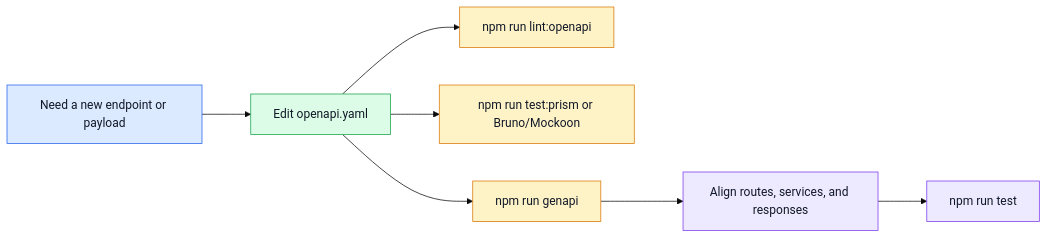
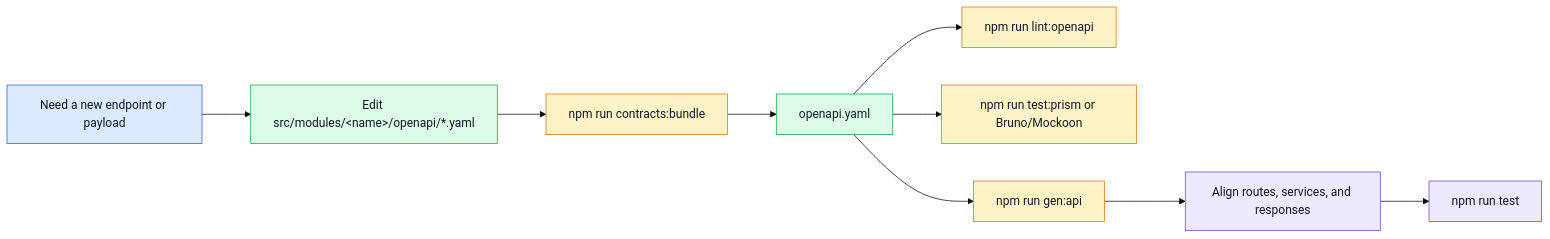
Before and after one commit to Guebbit/boilerplate-node-backend: the diagram in docs/api/openapi-workflow.md, drawn with Mermaid (base theme). The commit also changed other lines of this file and 285 other files, not shown here.

````diff
--- a/docs/api/openapi-workflow.md
+++ b/docs/api/openapi-workflow.md
@@ -7,19 +7,21 @@
 ```mermaid
 %%{init: {'flowchart': {'nodeSpacing': 50, 'rankSpacing': 65}}}%%
 flowchart LR
-    Idea[Need a new endpoint or payload] --> Spec[Edit openapi.yaml]
+    Idea[Need a new endpoint or payload] --> Frag["Edit src/modules/&lt;name&gt;/openapi/*.yaml"]
+    Frag --> Bundle[npm run contracts:bundle]
+    Bundle --> Spec[openapi.yaml]
     Spec --> Lint[npm run lint:openapi]
     Spec --> Mock[npm run test:prism or Bruno/Mockoon]
-    Spec --> Generate[npm run genapi]
+    Spec --> Generate[npm run gen:api]
     Generate --> Implement[Align routes, services, and responses]
     Implement --> Test[npm run test]
 
     classDef change fill:#dbeafe,stroke:#2563eb,color:#111827;
     classDef contract fill:#dcfce7,stroke:#16a34a,color:#111827;
     classDef tooling fill:#fef3c7,stroke:#d97706,color:#111827;
     classDef app fill:#ede9fe,stroke:#7c3aed,color:#111827;
     class Idea change;
-    class Spec contract;
-    class Lint,Mock,Generate tooling;
+    class Frag,Spec contract;
+    class Bundle,Lint,Mock,Generate tooling;
     class Implement,Test app;
 ```
````
